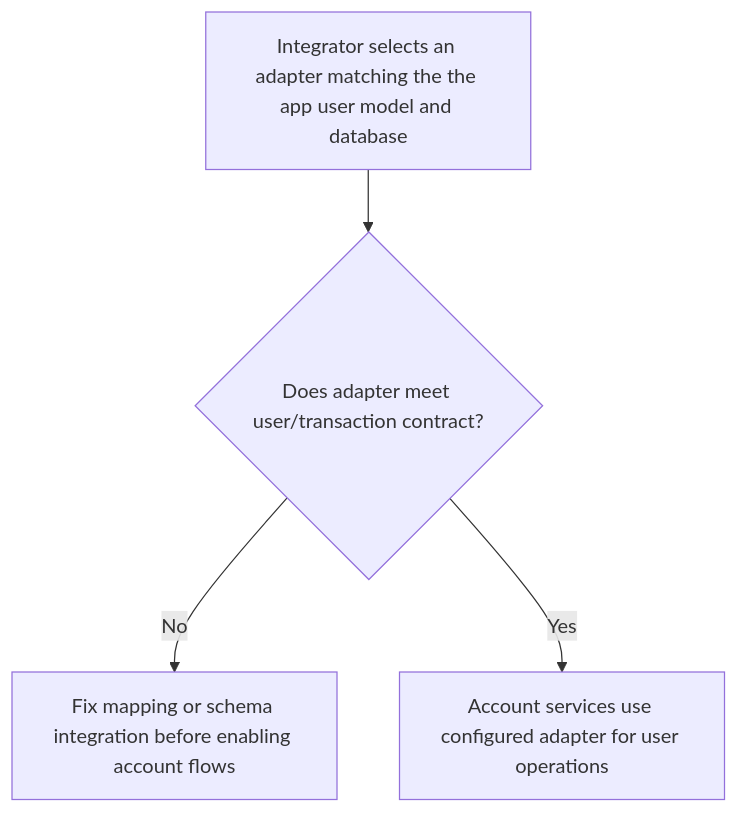
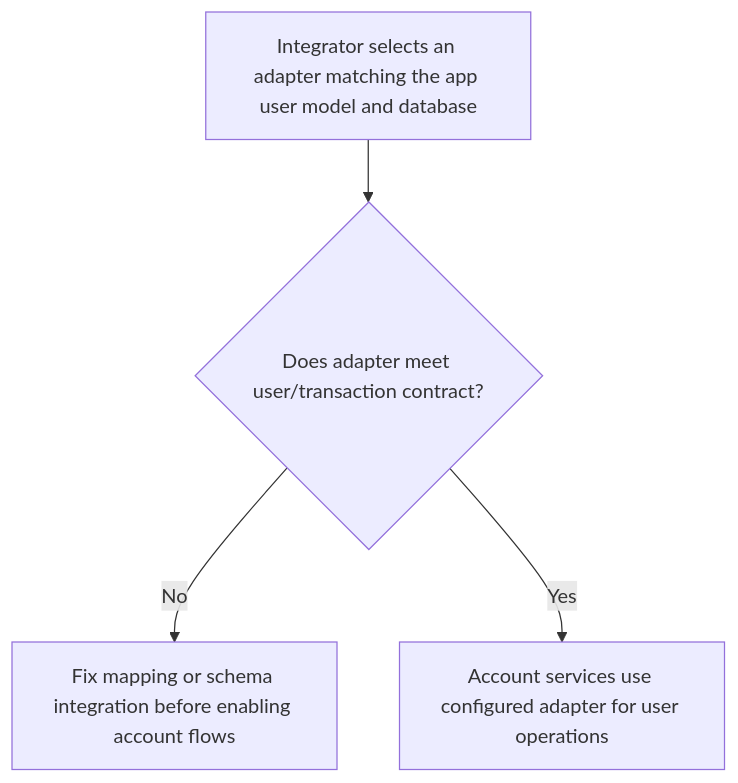
Before and after one commit to Kevinjohn/oss-adonisjs-account-kit: the first of 2 diagrams in user-stories/US-ACCOUNT-34-choose-user-adapter.md, drawn with Mermaid. The commit also changed other lines of this file and 7 other files, not shown here.

````diff
--- a/user-stories/US-ACCOUNT-34-choose-user-adapter.md
+++ b/user-stories/US-ACCOUNT-34-choose-user-adapter.md
@@ -18,6 +18,6 @@
 ```mermaid
 flowchart TD
- A["Integrator selects an adapter matching the the app user model and database"] --> B{"Does adapter meet user/transaction contract?"}
+ A["Integrator selects an adapter matching the app user model and database"] --> B{"Does adapter meet user/transaction contract?"}
  B -->|No| C["Fix mapping or schema integration before enabling account flows"]
  B -->|Yes| D["Account services use configured adapter for user operations"]
 ```
````
